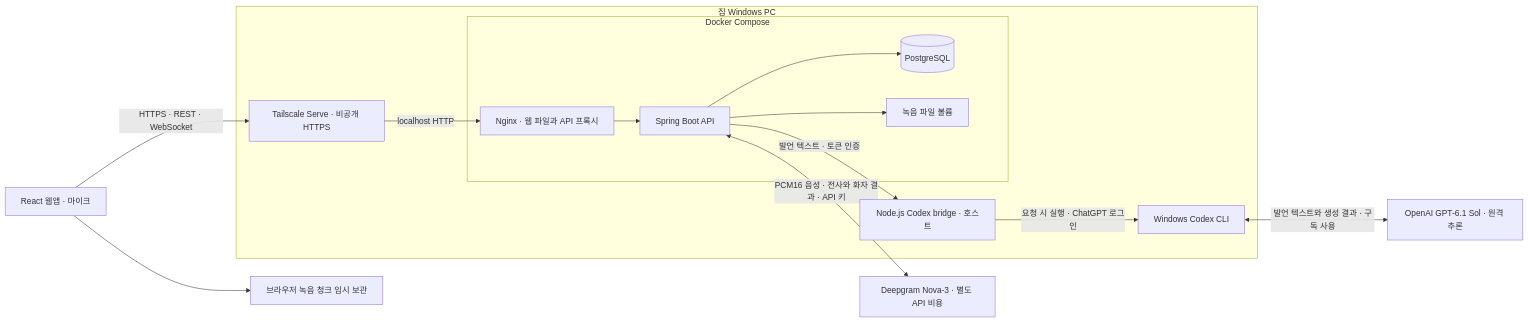
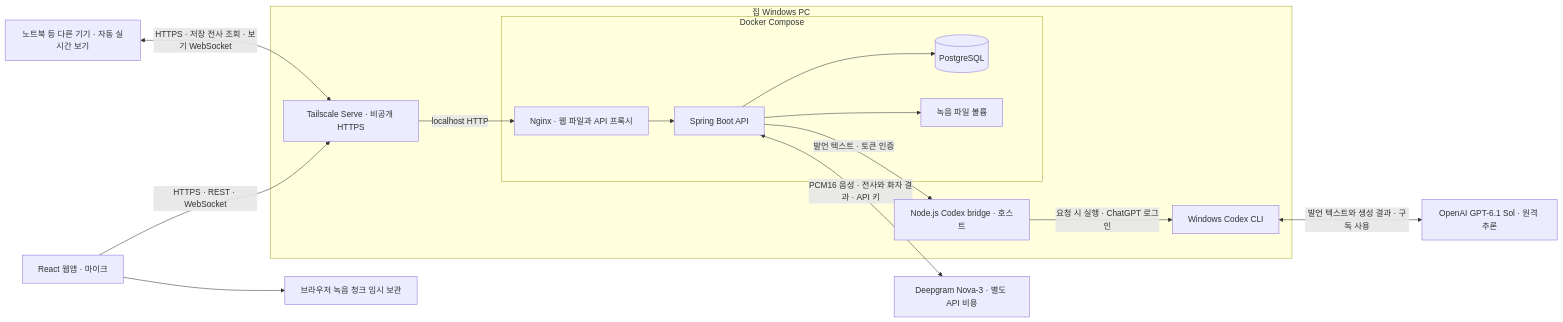
Before and after one commit to Iusto/meeting-note: the diagram in README.md, drawn with Mermaid. The commit also changed other lines of this file and 25 other files, not shown here.

````diff
--- a/README.md
+++ b/README.md
@@ -27,17 +28,18 @@
 ```mermaid
 flowchart LR
   Browser["React 웹앱 · 마이크"] -->|HTTPS · REST · WebSocket| VPN
   Browser --> Local["브라우저 녹음 청크 임시 보관"]
+  Viewer["노트북 등 다른 기기 · 자동 실시간 보기"] <-->|HTTPS · 저장 전사 조회 · 보기 WebSocket| VPN
   subgraph PC["집 Windows PC"]
     VPN["Tailscale Serve · 비공개 HTTPS"] -->|localhost HTTP| Web
     subgraph Docker["Docker Compose"]
       Web["Nginx · 웹 파일과 API 프록시"] --> API["Spring Boot API"]
       API --> DB[(PostgreSQL)]
       API --> Audio["녹음 파일 볼륨"]
     end
     API -->|발언 텍스트 · 토큰 인증| Bridge["Node.js Codex bridge · 호스트"]
     Bridge -->|요청 시 실행 · ChatGPT 로그인| CLI["Windows Codex CLI"]
   end
   API <-->|PCM16 음성 · 전사와 화자 결과 · API 키| DG["Deepgram Nova-3 · 별도 API 비용"]
   CLI <-->|발언 텍스트와 생성 결과 · 구독 사용| AI["OpenAI GPT-6.1 Sol · 원격 추론"]
 ```
````
